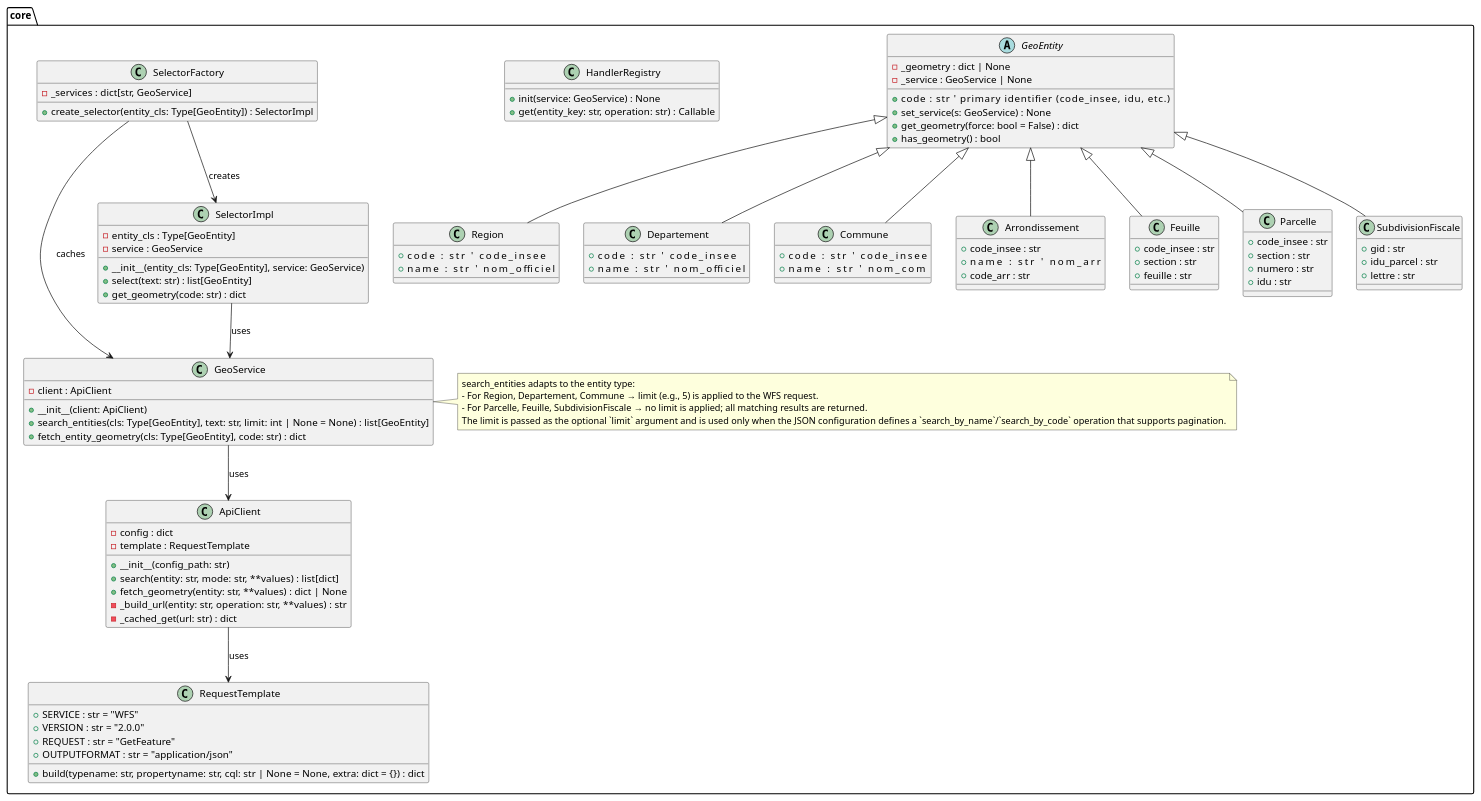
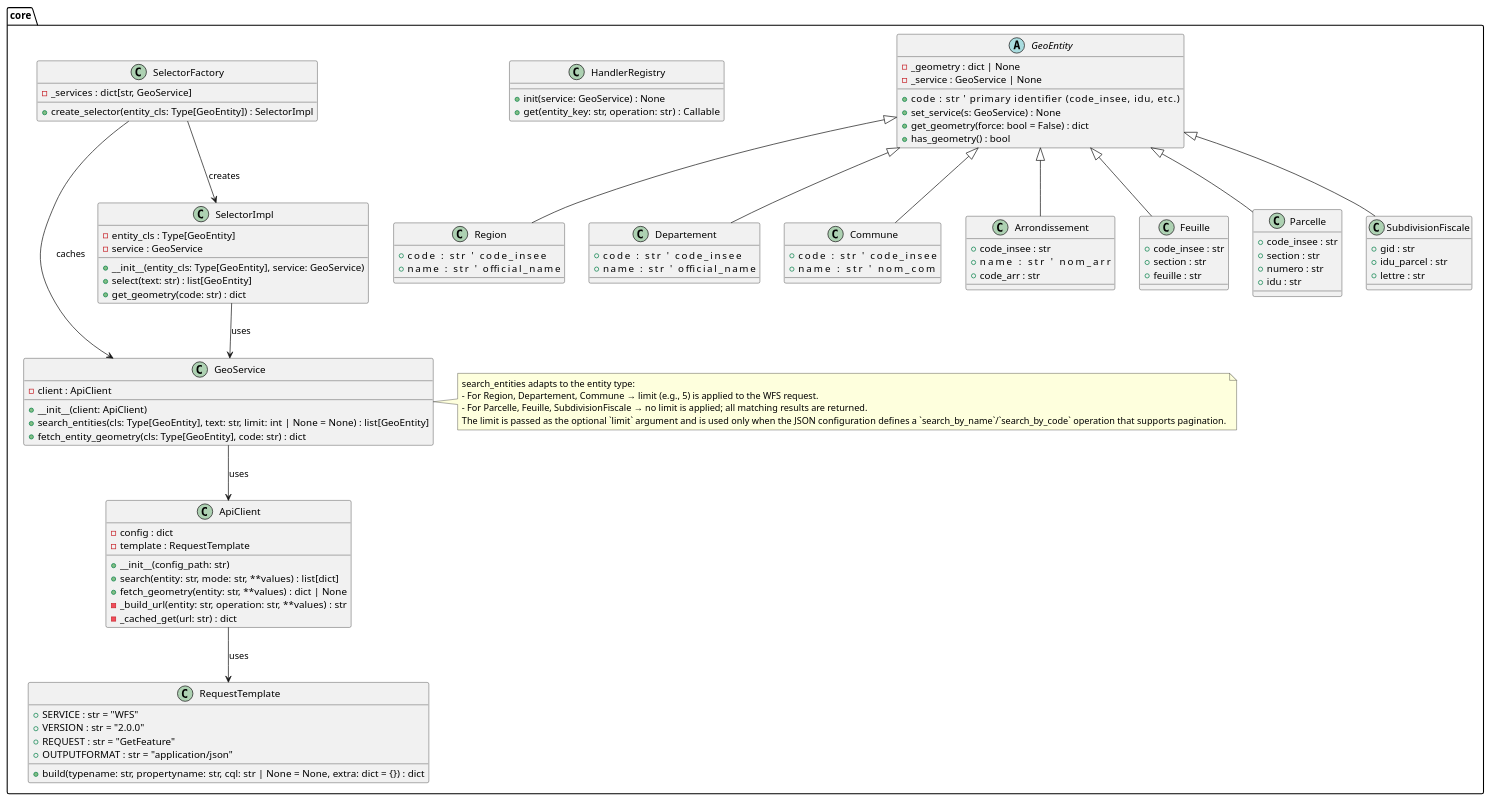
The diagram in architecture.puml (yan-sln/geoselector), drawn with PlantUML before and after one commit. The commit also changed 24 other files, not shown here.

```diff
--- a/architecture.puml
+++ b/architecture.puml
@@ -1,120 +1,120 @@
 @startuml
 ' ==========================================================
 ' Packages and core components
 ' ==========================================================
 package core {
 
     ' ---------- Request template ----------
     class RequestTemplate {
         +SERVICE : str = "WFS"
         +VERSION : str = "2.0.0"
         +REQUEST : str = "GetFeature"
         +OUTPUTFORMAT : str = "application/json"
         +build(typename: str, propertyname: str, cql: str | None = None, extra: dict = {}) : dict
     }
 
     ' ---------- API client ----------
     class ApiClient {
         -config : dict
         -template : RequestTemplate
         +__init__(config_path: str)
         +search(entity: str, mode: str, **values) : list[dict]
         +fetch_geometry(entity: str, **values) : dict | None
         -_build_url(entity: str, operation: str, **values) : str
         -_cached_get(url: str) : dict
     }
 
     ' ---------- GeoEntity (minimal + attributes from JSON) ----------
     abstract class GeoEntity {
         +code : str                ' primary identifier (code_insee, idu, etc.)
         -_geometry : dict | None
         -_service : GeoService | None
         +set_service(s: GeoService) : None
         +get_geometry(force: bool = False) : dict
         +has_geometry() : bool
     }
 
     class Region {
         +code : str                ' code_insee
-        +name : str                ' nom_officiel
+        +name : str                ' official_name
     }
     class Departement {
         +code : str                ' code_insee
-        +name : str                ' nom_officiel
+        +name : str                ' official_name
     }
     class Commune {
         +code : str                ' code_insee
         +name : str                ' nom_com
     }
     class Arrondissement {
         +code_insee : str
         +name : str                ' nom_arr
         +code_arr : str
     }
     class Feuille {
         +code_insee : str
         +section : str
         +feuille : str
     }
     class Parcelle {
         +code_insee : str
         +section : str
         +numero : str
         +idu : str
     }
     class SubdivisionFiscale {
         +gid : str
         +idu_parcel : str
         +lettre : str
     }
 
     GeoEntity <|-- Region
     GeoEntity <|-- Departement
     GeoEntity <|-- Commune
     GeoEntity <|-- Arrondissement
     GeoEntity <|-- Feuille
     GeoEntity <|-- Parcelle
     GeoEntity <|-- SubdivisionFiscale
 
     ' ---------- Service ----------
     class GeoService {
         -client : ApiClient
         +__init__(client: ApiClient)
         +search_entities(cls: Type[GeoEntity], text: str, limit: int | None = None) : list[GeoEntity]
         +fetch_entity_geometry(cls: Type[GeoEntity], code: str) : dict
     }
     note right of GeoService
         search_entities adapts to the entity type:
         - For Region, Departement, Commune → limit (e.g., 5) is applied to the WFS request.
         - For Parcelle, Feuille, SubdivisionFiscale → no limit is applied; all matching results are returned.
         The limit is passed as the optional `limit` argument and is used only when the JSON configuration defines a `search_by_name`/`search_by_code` operation that supports pagination.
     end note
 
     ' ---------- Selector ----------
     class SelectorImpl {
         -entity_cls : Type[GeoEntity]
         -service : GeoService
         +__init__(entity_cls: Type[GeoEntity], service: GeoService)
         +select(text: str) : list[GeoEntity]
         +get_geometry(code: str) : dict
     }
     class HandlerRegistry {
         +init(service: GeoService) : None
         +get(entity_key: str, operation: str) : Callable
     }
 
     ' ---------- Factory ----------
     class SelectorFactory {
         -_services : dict[str, GeoService]
         +create_selector(entity_cls: Type[GeoEntity]) : SelectorImpl
     }
 }
 ' ==========================================================
 ' Relations
 ' ==========================================================
 ApiClient --> RequestTemplate : uses
 GeoService --> ApiClient : uses
 SelectorImpl --> GeoService : uses
 SelectorFactory --> GeoService : caches
 SelectorFactory --> SelectorImpl : creates
 @enduml
```
